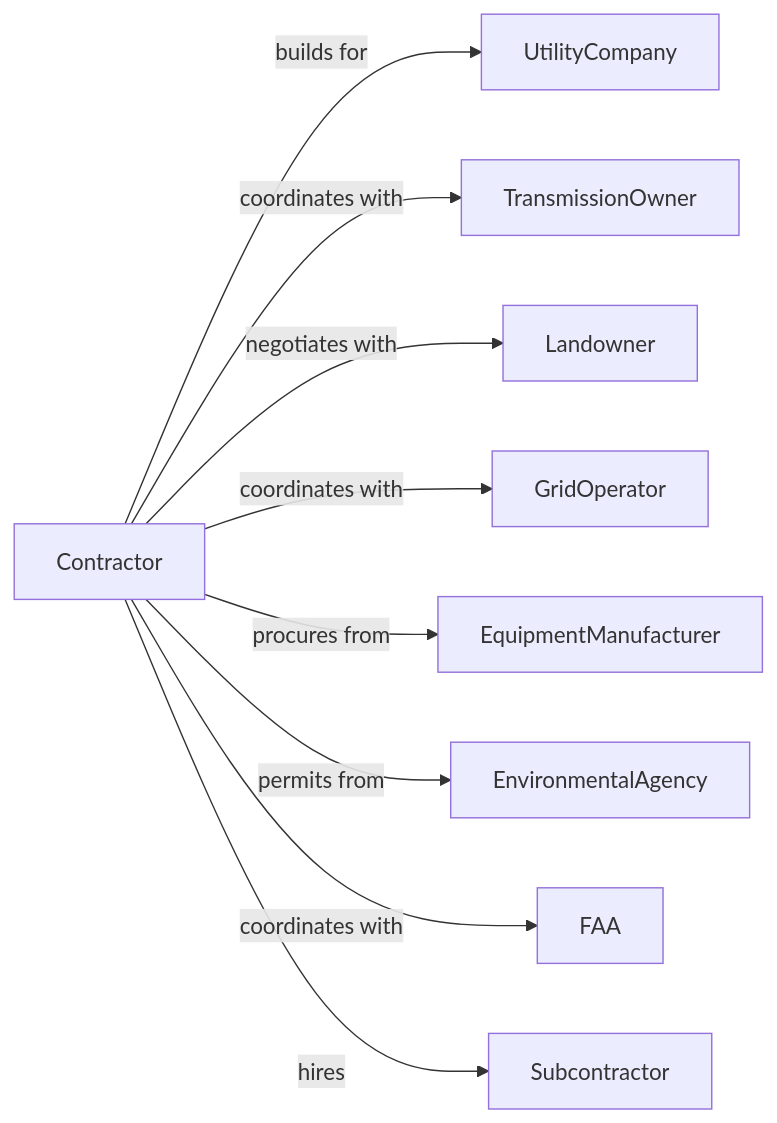
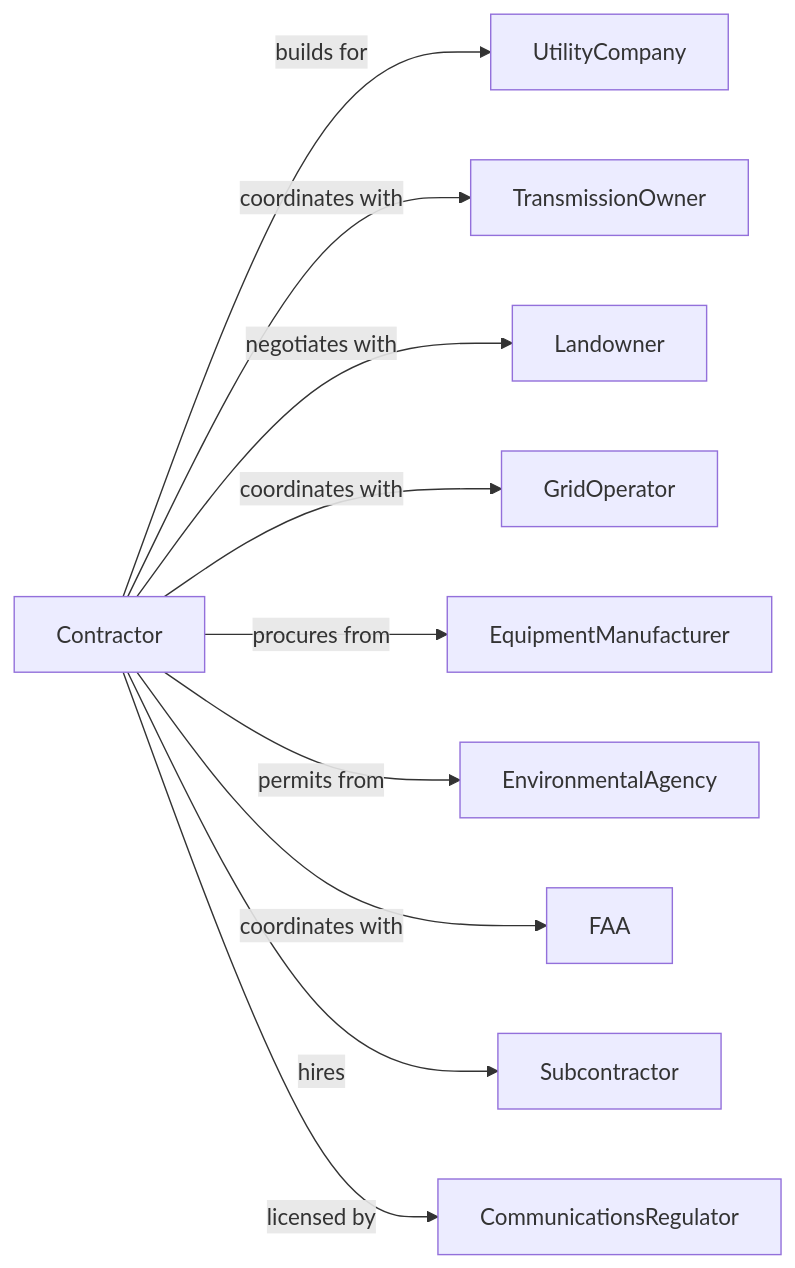
The second of 2 diagrams in Construction/HeavyAndCivilEngineeringConstruction/UtilitySystemConstruction/PowerAndCommunicationLineAndRelatedStructuresConstruction.mdx (dot-org-ai/industries.org.ai), drawn with Mermaid before and after one commit. The commit also changed other lines of this file and 588 other files, not shown here.

````diff
--- a/Construction/HeavyAndCivilEngineeringConstruction/UtilitySystemConstruction/PowerAndCommunicationLineAndRelatedStructuresConstruction.mdx
+++ b/Construction/HeavyAndCivilEngineeringConstruction/UtilitySystemConstruction/PowerAndCommunicationLineAndRelatedStructuresConstruction.mdx
@@ -132,13 +132,14 @@
 ```mermaid
 graph LR
     C[Contractor]
 
     C -->|builds for| UtilityCompany
     C -->|coordinates with| TransmissionOwner
     C -->|negotiates with| Landowner
     C -->|coordinates with| GridOperator
     C -->|procures from| EquipmentManufacturer
     C -->|permits from| EnvironmentalAgency
     C -->|coordinates with| FAA
     C -->|hires| Subcontractor
+    C -->|licensed by| CommunicationsRegulator
 ```
````
